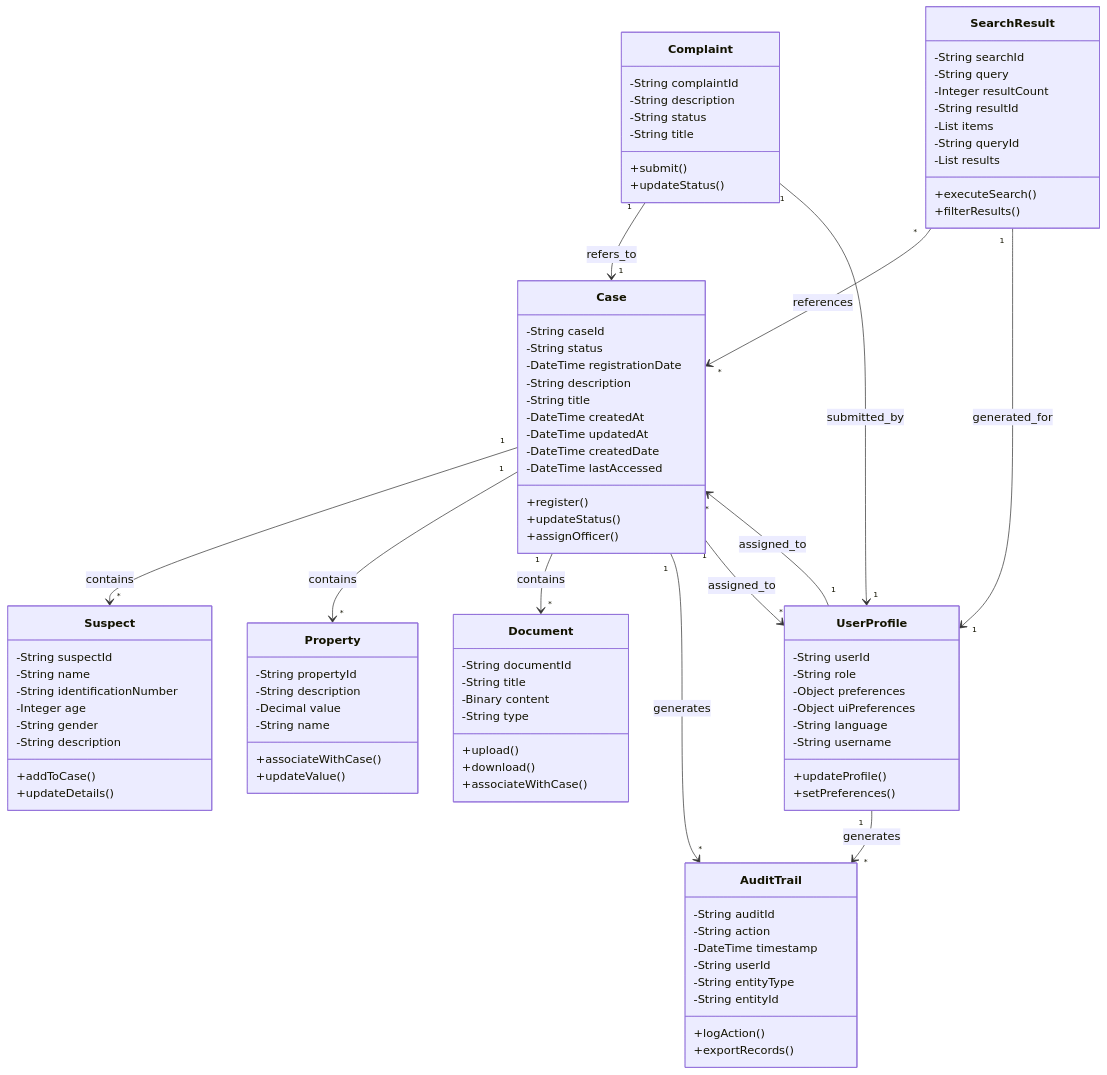
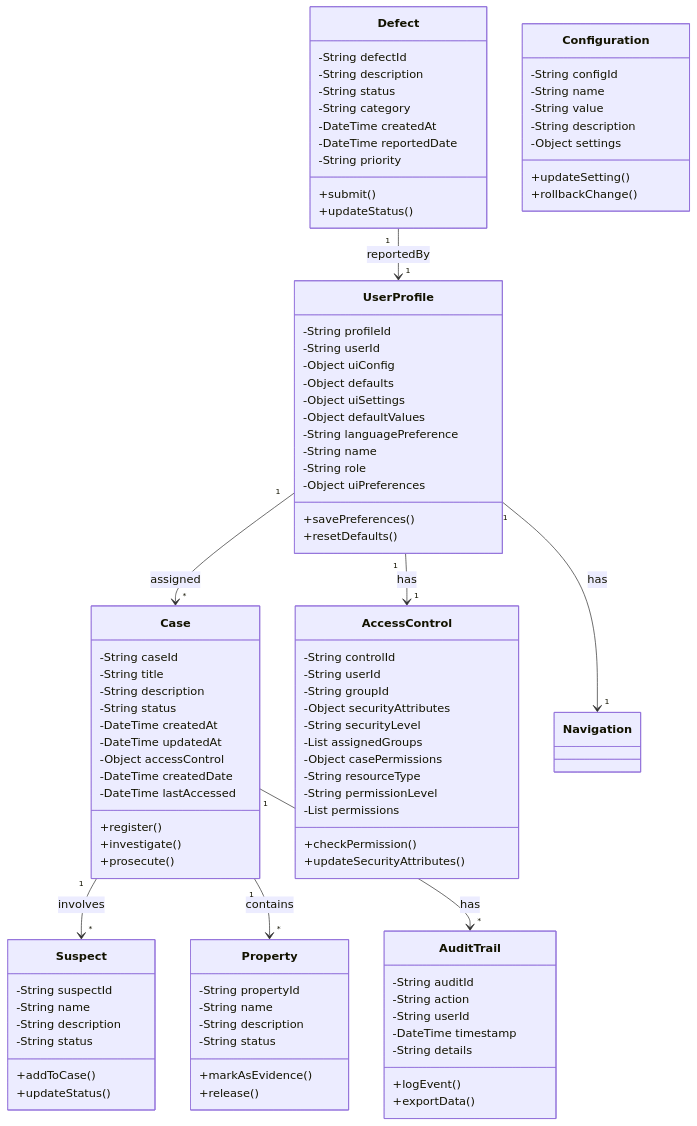
Before and after one commit to YxY09/ReqDesign-Agent: the diagram in output/by_task/diagrams-class/class_diagram.mmd, drawn with Mermaid. The commit also changed other lines of this file and 31 other files, not shown here.

Commit message:
fix: repair JSON ops not triggered for tests - stringify object currentContent before checking JSON shape

```diff
--- a/output/by_task/diagrams-class/class_diagram.mmd
+++ b/output/by_task/diagrams-class/class_diagram.mmd
@@ -1,92 +1,95 @@
 classDiagram
     class Case {
         -String caseId
+        -String title
+        -String description
         -String status
-        -DateTime registrationDate
-        -String description
-        -String title
         -DateTime createdAt
         -DateTime updatedAt
+        -Object accessControl
         -DateTime createdDate
         -DateTime lastAccessed
         +register()
-        +updateStatus()
-        +assignOfficer()
+        +investigate()
+        +prosecute()
     }
     class Suspect {
         -String suspectId
         -String name
-        -String identificationNumber
-        -Integer age
-        -String gender
         -String description
+        -String status
         +addToCase()
-        +updateDetails()
+        +updateStatus()
     }
     class Property {
         -String propertyId
+        -String name
         -String description
-        -Decimal value
-        -String name
-        +associateWithCase()
-        +updateValue()
-    }
-    class Document {
-        -String documentId
-        -String title
-        -Binary content
-        -String type
-        +upload()
-        +download()
-        +associateWithCase()
+        -String status
+        +markAsEvidence()
+        +release()
     }
     class AuditTrail {
         -String auditId
         -String action
+        -String userId
         -DateTime timestamp
-        -String userId
-        -String entityType
-        -String entityId
-        +logAction()
-        +exportRecords()
+        -String details
+        +logEvent()
+        +exportData()
     }
     class UserProfile {
+        -String profileId
         -String userId
+        -Object uiConfig
+        -Object defaults
+        -Object uiSettings
+        -Object defaultValues
+        -String languagePreference
+        -String name
         -String role
-        -Object preferences
         -Object uiPreferences
-        -String language
-        -String username
-        +updateProfile()
-        +setPreferences()
+        +savePreferences()
+        +resetDefaults()
     }
-    class Complaint {
-        -String complaintId
+    class AccessControl {
+        -String controlId
+        -String userId
+        -String groupId
+        -Object securityAttributes
+        -String securityLevel
+        -List assignedGroups
+        -Object casePermissions
+        -String resourceType
+        -String permissionLevel
+        -List permissions
+        +checkPermission()
+        +updateSecurityAttributes()
+    }
+    class Defect {
+        -String defectId
         -String description
         -String status
-        -String title
+        -String category
+        -DateTime createdAt
+        -DateTime reportedDate
+        -String priority
         +submit()
         +updateStatus()
     }
-    class SearchResult {
-        -String searchId
-        -String query
-        -Integer resultCount
-        -String resultId
-        -List items
-        -String queryId
-        -List results
-        +executeSearch()
-        +filterResults()
+    class Configuration {
+        -String configId
+        -String name
+        -String value
+        -String description
+        -Object settings
+        +updateSetting()
+        +rollbackChange()
     }
-    Case "1" --> "*" Suspect : contains
+    Case "1" --> "*" Suspect : involves
     Case "1" --> "*" Property : contains
-    Case "1" --> "*" Document : contains
-    Case "1" --> "*" AuditTrail : generates
-    Case "1" --> "*" UserProfile : assigned_to
-    UserProfile "1" --> "*" Case : assigned_to
-    Complaint "1" --> "1" Case : refers_to
-    Complaint "1" --> "1" UserProfile : submitted_by
-    SearchResult "*" --> "*" Case : references
-    SearchResult "1" --> "1" UserProfile : generated_for
-    UserProfile "1" --> "*" AuditTrail : generates
+    Case "1" --> "*" AuditTrail : has
+    UserProfile "1" --> "1" AccessControl : has
+    UserProfile "1" --> "1" Navigation : has
+    UserProfile "1" --> "*" Case : assigned
+    Defect "1" --> "1" UserProfile : reportedBy
```
